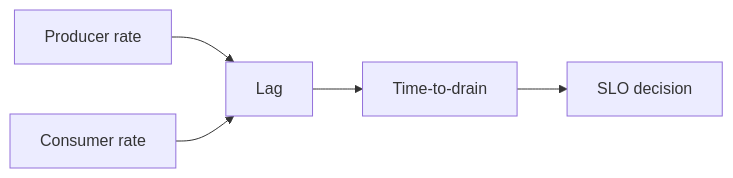
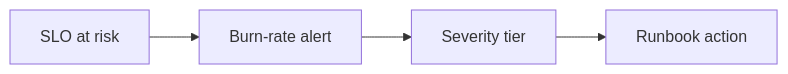
One commit to sandeepbhardwaj/sandeepbhardwaj.github.io changed the diagram in _posts/2026-06-24-kafka-observability-lag-slo-operations-part-2.md. Above: the diagram before and after it, drawn with Mermaid. The commit also changed other lines of this file and 113 other files, not shown here.

````diff
--- a/_posts/2026-06-24-kafka-observability-lag-slo-operations-part-2.md
+++ b/_posts/2026-06-24-kafka-observability-lag-slo-operations-part-2.md
@@ -127,7 +75,6 @@
-        ```mermaid
+```mermaid
 flowchart LR
-    A[Producer rate] --> B[Lag]
-    C[Consumer rate] --> B
-    B --> D[Time-to-drain]
-    D --> E[SLO decision]
+    A[SLO at risk] --> B[Burn-rate alert]
+    B --> C[Severity tier]
+    C --> D[Runbook action]
 ```
````
